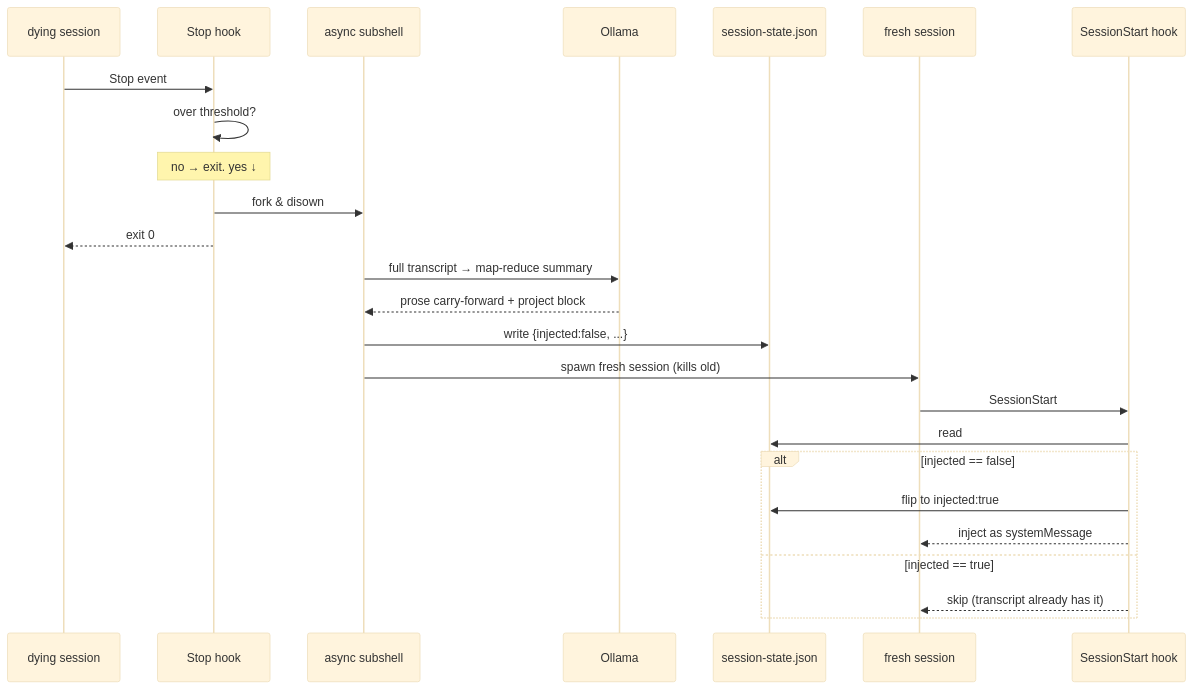
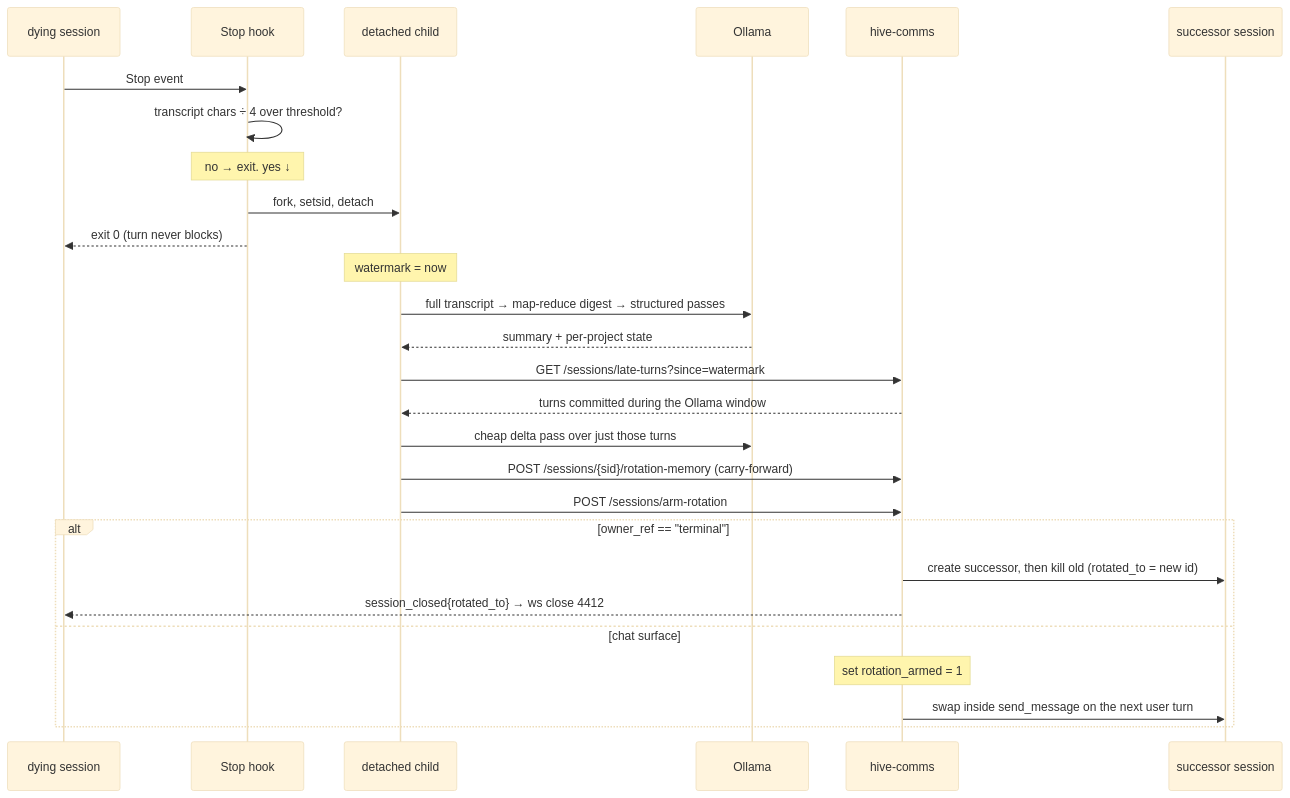
One commit to danielstewart77/hive-edge-minds changed the diagram in docs/memory-system/session-rotation.md. Above: the diagram before and after it, drawn with Mermaid (base theme). The commit also changed other lines of this file and 2 other files, not shown here.

First line of the commit message:
docs: session-rotation and hook inventory match the live rotation path

````diff
--- a/docs/memory-system/session-rotation.md
+++ b/docs/memory-system/session-rotation.md
@@ -8,30 +10,32 @@
 ```mermaid
 sequenceDiagram
     participant M as dying session
     participant H as Stop hook
-    participant BG as async subshell
+    participant BG as detached child
     participant O as Ollama
-    participant F as session-state.json
-    participant N as fresh session
-    participant SB as SessionStart hook
+    participant NS as hive-comms
+    participant N as successor session
 
     M->>H: Stop event
-    H->>H: over threshold?
+    H->>H: transcript chars ÷ 4 over threshold?
     Note over H: no → exit. yes ↓
-    H->>BG: fork & disown
-    H-->>M: exit 0
+    H->>BG: fork, setsid, detach
+    H-->>M: exit 0 (turn never blocks)
 
-    BG->>O: full transcript → map-reduce summary
-    O-->>BG: prose carry-forward + project block
-    BG->>F: write {injected:false, ...}
-    BG->>N: spawn fresh session (kills old)
+    Note over BG: watermark = now
+    BG->>O: full transcript → map-reduce digest → structured passes
+    O-->>BG: summary + per-project state
+    BG->>NS: GET /sessions/late-turns?since=watermark
+    NS-->>BG: turns committed during the Ollama window
+    BG->>O: cheap delta pass over just those turns
+    BG->>NS: POST /sessions/{sid}/rotation-memory (carry-forward)
+    BG->>NS: POST /sessions/arm-rotation
 
-    N->>SB: SessionStart
-    SB->>F: read
-    alt injected == false
-        SB->>F: flip to injected:true
-        SB-->>N: inject as systemMessage
-    else injected == true
-        SB-->>N: skip (transcript already has it)
+    alt owner_ref == "terminal"
+        NS->>N: create successor, then kill old (rotated_to = new id)
+        NS-->>M: session_closed{rotated_to} → ws close 4412
+    else chat surface
+        Note over NS: set rotation_armed = 1
+        NS->>N: swap inside send_message on the next user turn
     end
 ```
````
